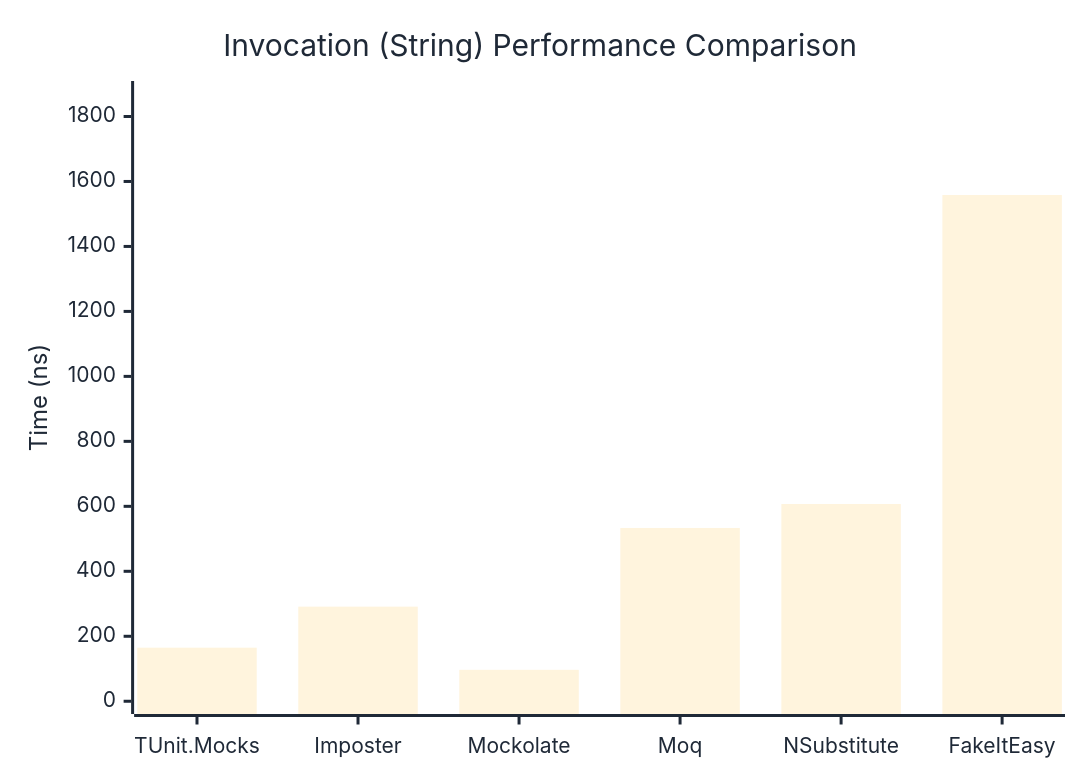
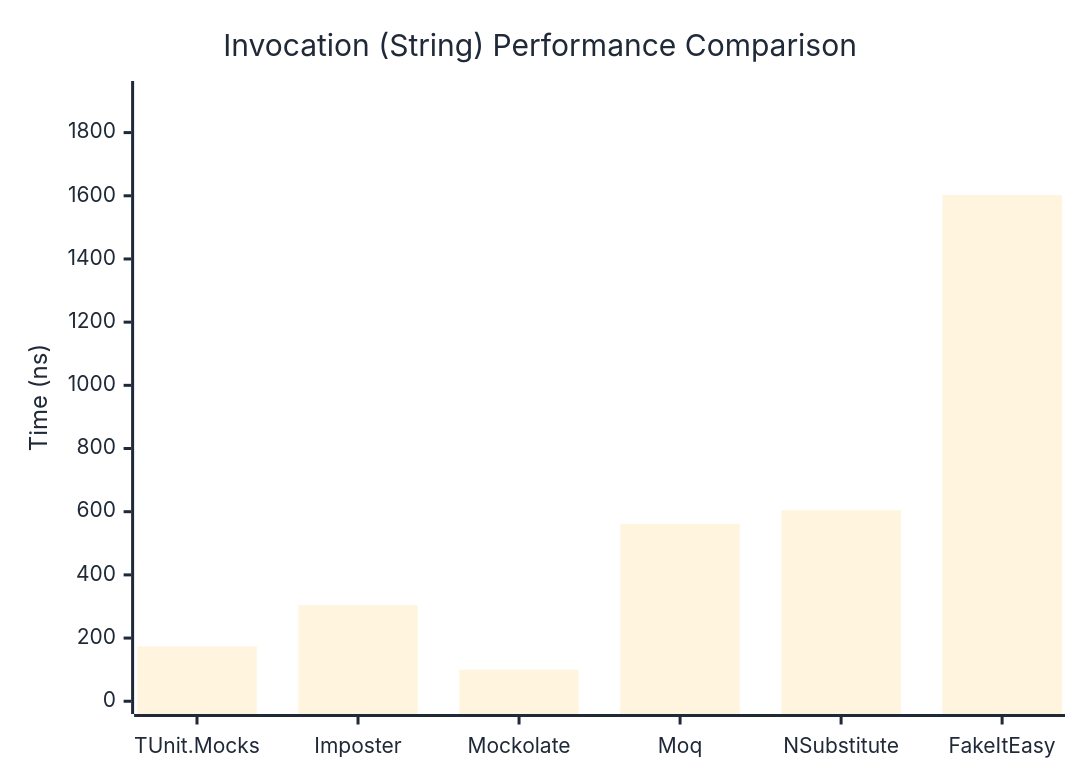
One commit to thomhurst/TUnit changed the second of 3 diagrams in docs/docs/benchmarks/mocks/Invocation.md. Above: the diagram before and after it, drawn with Mermaid. The commit also changed other lines of this file and 14 other files, not shown here.

````diff
--- a/docs/docs/benchmarks/mocks/Invocation.md
+++ b/docs/docs/benchmarks/mocks/Invocation.md
@@ -71,27 +71,27 @@
 ```mermaid
 %%{init: {
   'theme':'base',
   'themeVariables': {
     'primaryColor': '#2563eb',
     'primaryTextColor': '#1f2937',
     'primaryBorderColor': '#1e40af',
     'lineColor': '#6b7280',
     'secondaryColor': '#7c3aed',
     'tertiaryColor': '#dc2626',
     'background': '#ffffff',
     'pie1': '#2563eb',
     'pie2': '#7c3aed',
     'pie3': '#dc2626',
     'pie4': '#f59e0b',
     'pie5': '#10b981',
     'pie6': '#06b6d4',
     'pie7': '#ec4899',
     'pie8': '#6366f1'
   }
 }}%%
 xychart-beta
   title "Invocation (String) Performance Comparison"
   x-axis ["TUnit.Mocks", "Imposter", "Mockolate", "Moq", "NSubstitute", "FakeItEasy"]
-  y-axis "Time (ns)" 0 --> 1870
-  bar [164.89, 291.19, 96.72, 533.41, 607.13, 1558.27]
+  y-axis "Time (ns)" 0 --> 1923
+  bar [173.47, 304.13, 99.78, 561.43, 604.69, 1602.39]
 ```
````
